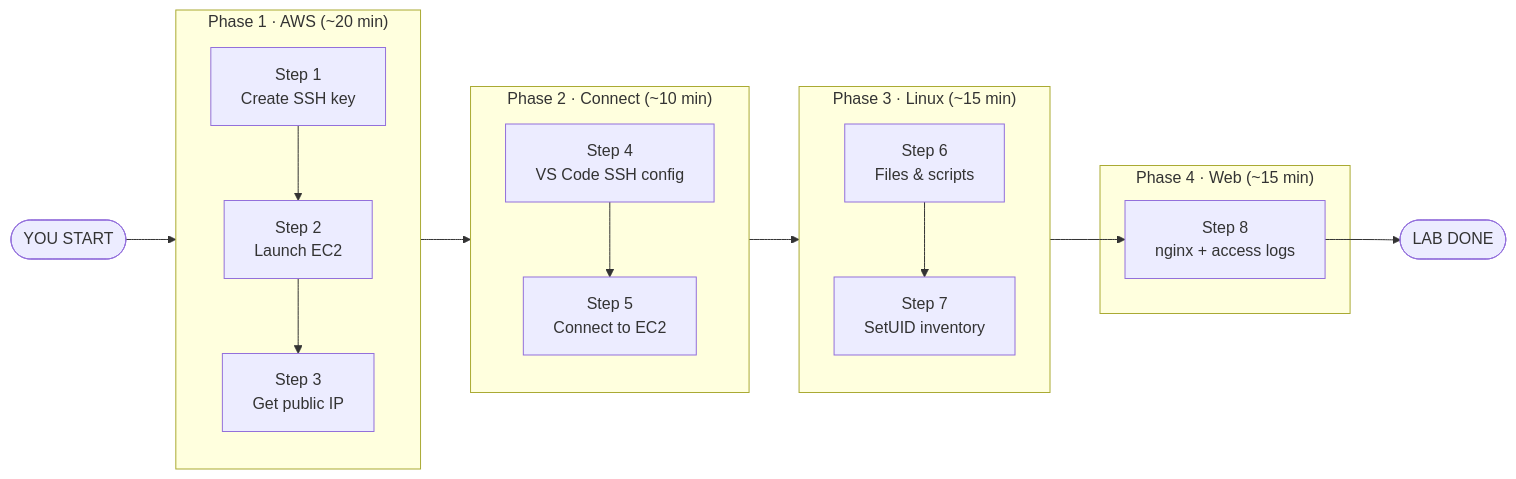
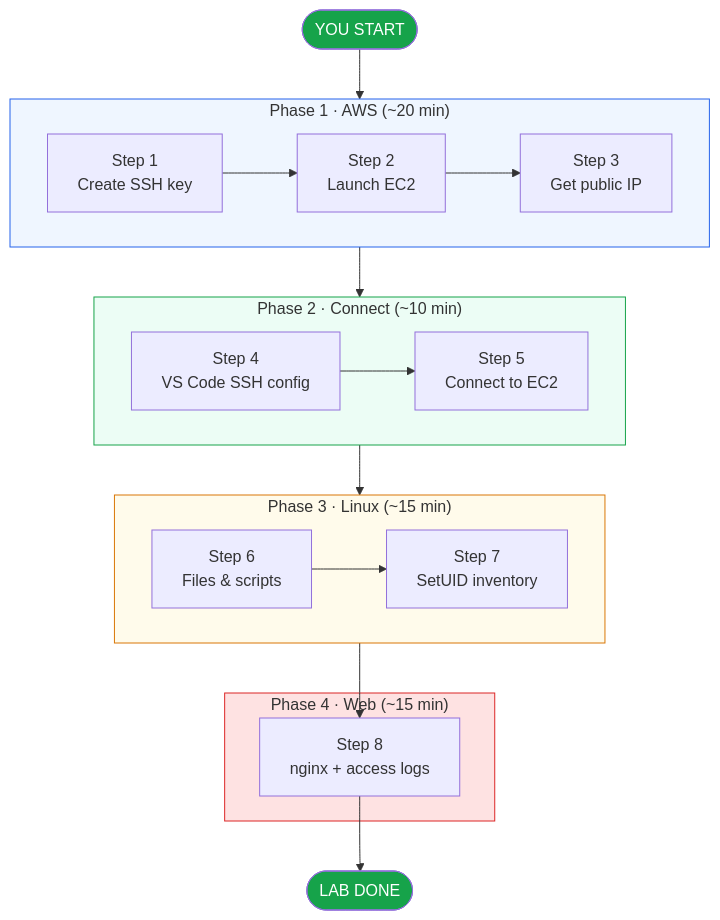
One commit to gjkaur/ai-in-cybersecurity changed the diagram in gurinder_practice/lab 1.1/1.1-Instance-Setup-Guide.md. Above: the diagram before and after it, drawn with Mermaid. The commit also changed 8 other files, not shown here.

First line of the commit message:
Improve Lab 1.1 diagrams with clearer layout and valid colors.

````diff
--- a/gurinder_practice/lab 1.1/1.1-Instance-Setup-Guide.md
+++ b/gurinder_practice/lab 1.1/1.1-Instance-Setup-Guide.md
@@ -13,38 +13,45 @@
 ```mermaid
-flowchart LR
+flowchart TB
     START([YOU START]) --> S1
 
     subgraph P1["Phase 1 · AWS (~20 min)"]
-        direction TB
-        S1["Step 1\nCreate SSH key"]
-        S2["Step 2\nLaunch EC2"]
-        S3["Step 3\nGet public IP"]
+        direction LR
+        S1["Step 1<br/>Create SSH key"]
+        S2["Step 2<br/>Launch EC2"]
+        S3["Step 3<br/>Get public IP"]
         S1 --> S2 --> S3
     end
 
     S3 --> S4
 
     subgraph P2["Phase 2 · Connect (~10 min)"]
-        direction TB
-        S4["Step 4\nVS Code SSH config"]
-        S5["Step 5\nConnect to EC2"]
+        direction LR
+        S4["Step 4<br/>VS Code SSH config"]
+        S5["Step 5<br/>Connect to EC2"]
         S4 --> S5
     end
 
     S5 --> S6
 
     subgraph P3["Phase 3 · Linux (~15 min)"]
-        direction TB
-        S6["Step 6\nFiles & scripts"]
-        S7["Step 7\nSetUID inventory"]
+        direction LR
+        S6["Step 6<br/>Files & scripts"]
+        S7["Step 7<br/>SetUID inventory"]
         S6 --> S7
     end
 
     S7 --> S8
 
     subgraph P4["Phase 4 · Web (~15 min)"]
-        S8["Step 8\nnginx + access logs"]
+        S8["Step 8<br/>nginx + access logs"]
     end
 
     S8 --> DONE([LAB DONE])
+
+    style START fill:#16A34A,color:#fff
+    style DONE fill:#16A34A,color:#fff
+    style P1 fill:#EFF6FF,stroke:#2563EB
+    style P2 fill:#ECFDF5,stroke:#16A34A
+    style P3 fill:#FFFBEB,stroke:#D97706
+    style P4 fill:#FEE2E2,stroke:#DC2626
 ```
````
